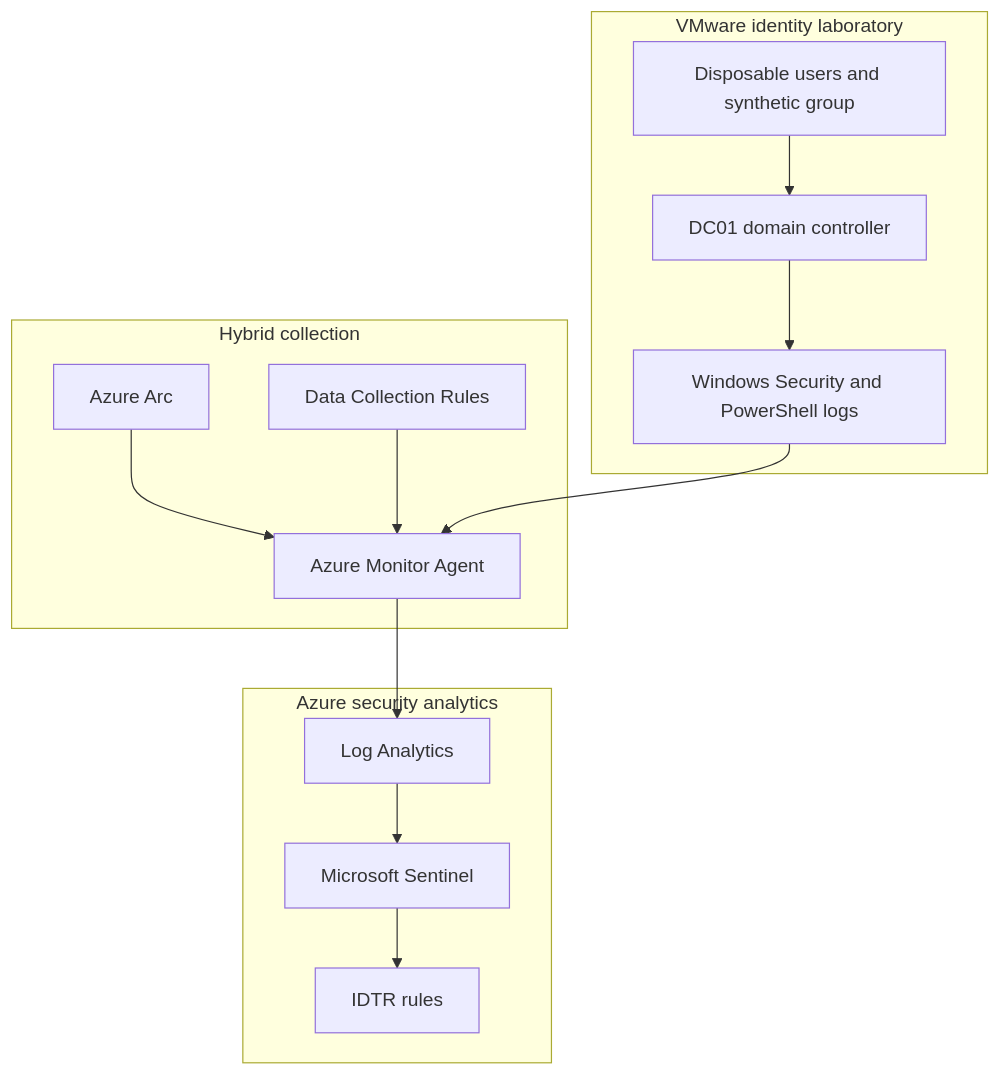
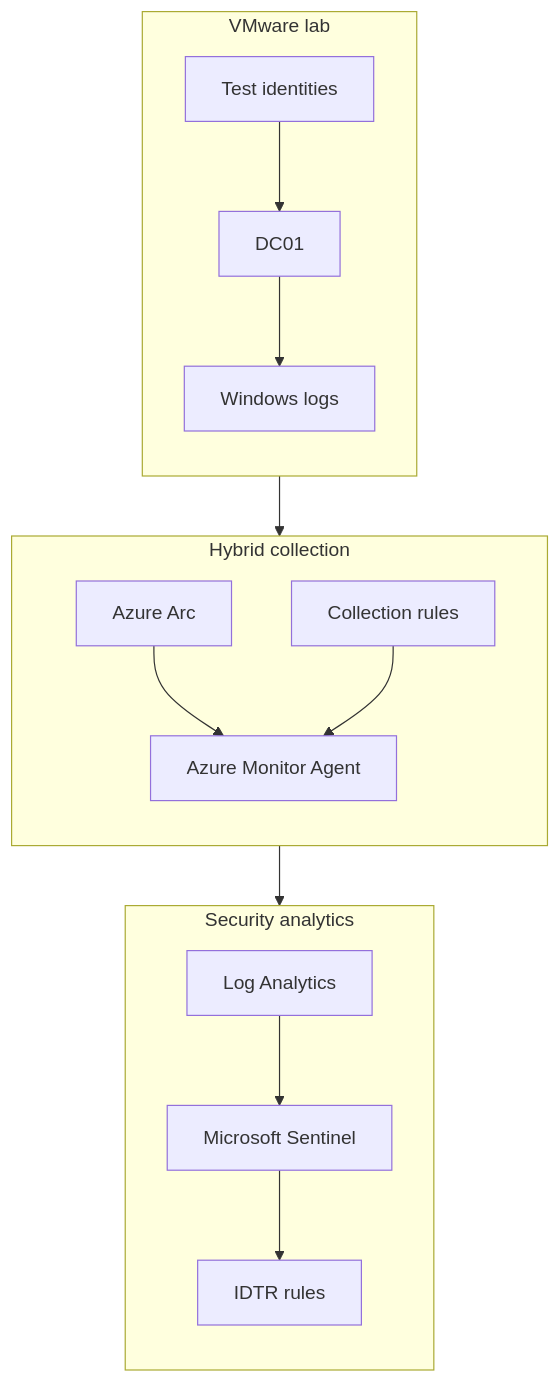
Before and after one commit to danielbeltran26/microsoft-identity-threat-detection-response: the first of 3 diagrams in architecture/01-identity-threat-detection-response-architecture.md, drawn with Mermaid. The commit also changed other lines of this file and 6 other files, not shown here.

Commit message:
Improve diagram readability and embed detection evidence

````diff
--- a/architecture/01-identity-threat-detection-response-architecture.md
+++ b/architecture/01-identity-threat-detection-response-architecture.md
@@ -31,29 +31,23 @@
 ```mermaid
-flowchart TD
-    subgraph LAB["VMware identity laboratory"]
-        OBJ["Disposable users and synthetic group"]
-        DC["DC01 domain controller"]
-        LOGS["Windows Security and PowerShell logs"]
-        OBJ --> DC
-        DC --> LOGS
+flowchart TB
+    subgraph LAB["VMware lab"]
+        direction TB
+        OBJ["Test identities"] --> DC["DC01"]
+        DC --> LOGS["Windows logs"]
     end
 
     subgraph COLLECTION["Hybrid collection"]
-        ARC["Azure Arc"]
-        AMA["Azure Monitor Agent"]
-        DCR["Data Collection Rules"]
-        ARC --> AMA
-        DCR --> AMA
+        direction TB
+        ARC["Azure Arc"] --> AMA["Azure Monitor Agent"]
+        DCR["Collection rules"] --> AMA
     end
 
-    subgraph AZURE["Azure security analytics"]
-        LAW["Log Analytics"]
-        SENT["Microsoft Sentinel"]
-        RULE["IDTR rules"]
-        LAW --> SENT
-        SENT --> RULE
+    subgraph AZURE["Security analytics"]
+        direction TB
+        LAW["Log Analytics"] --> SENT["Microsoft Sentinel"]
+        SENT --> RULE["IDTR rules"]
     end
 
     LOGS --> AMA
     AMA --> LAW
 ```
````
